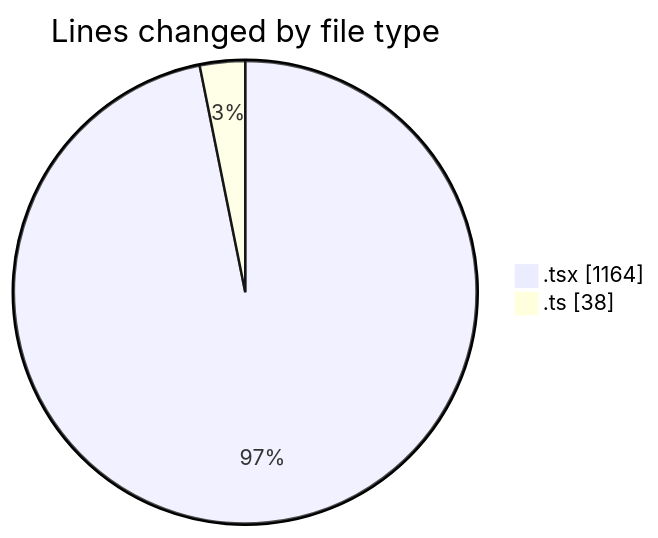
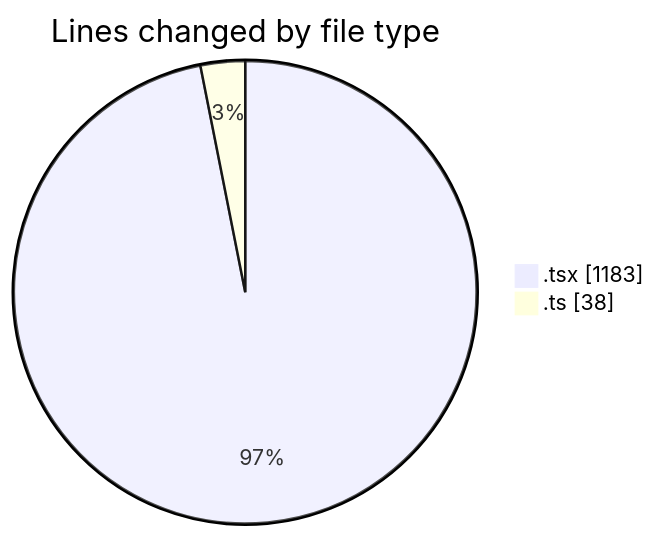
Before and after one commit to momahboobian/code-tracking: the first of 2 diagrams in 2025-02-11/cda/README.md, drawn with Mermaid. The commit also changed other lines of this file and 1 other file, not shown here.

````diff
--- a/2025-02-11/cda/README.md
+++ b/2025-02-11/cda/README.md
@@ -23,6 +23,6 @@
 ```mermaid
 pie showData
 title Lines changed by file type
-".tsx" : 1164
+".tsx" : 1183
 ".ts" : 38
 ```
````
